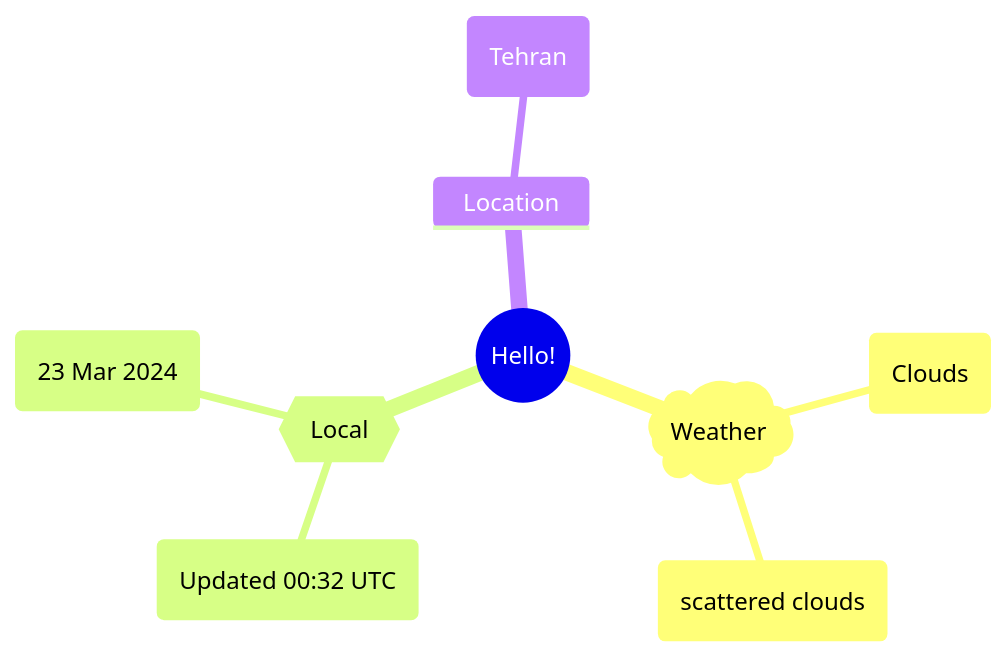
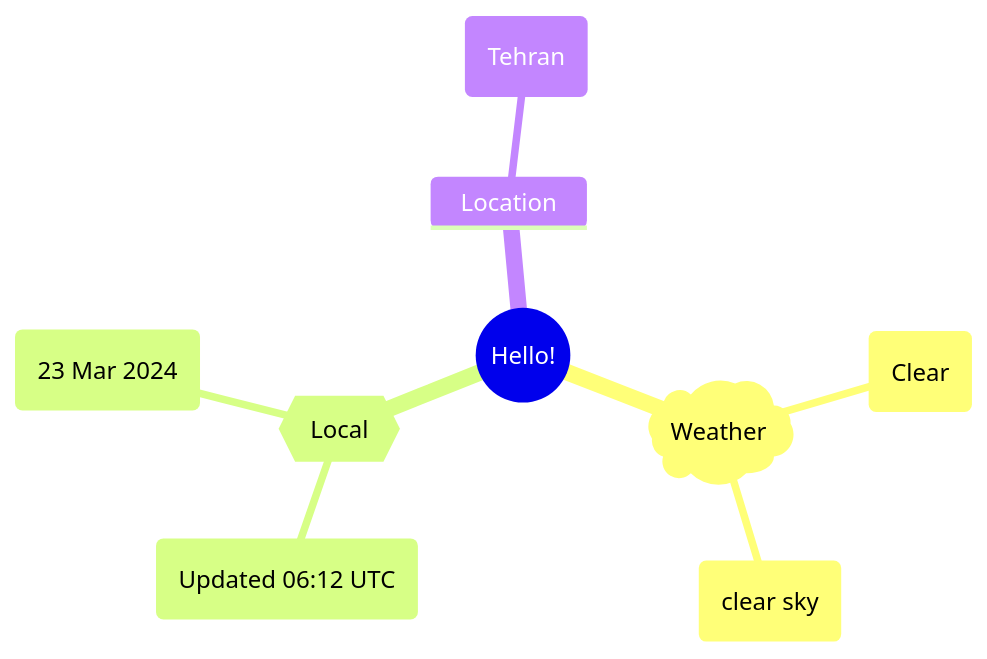
One commit to Xosrov/Xosrov changed the first of 2 diagrams in README.md. Above: the diagram before and after it, drawn with Mermaid.

Commit message:
[bot] updated images

````diff
--- a/README.md
+++ b/README.md
@@ -3,12 +3,12 @@
 ```mermaid
 mindmap
   root((Hello!))
     )Weather(
-        (Clouds)
-        (scattered clouds)
+        (Clear)
+        (clear sky)
     {{Local}}
-        (Updated 00:32 UTC)
+        (Updated 06:12 UTC)
         (23 Mar 2024)
     Location
         (Tehran)
 ```
````
